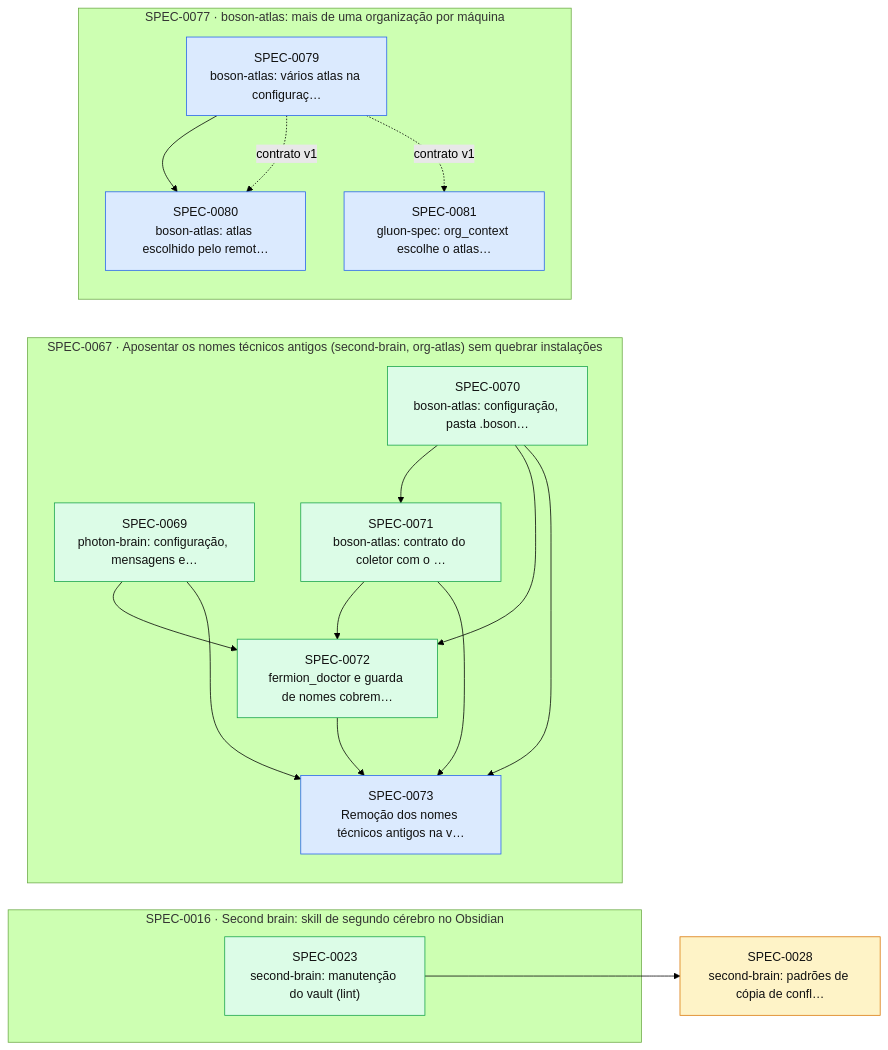
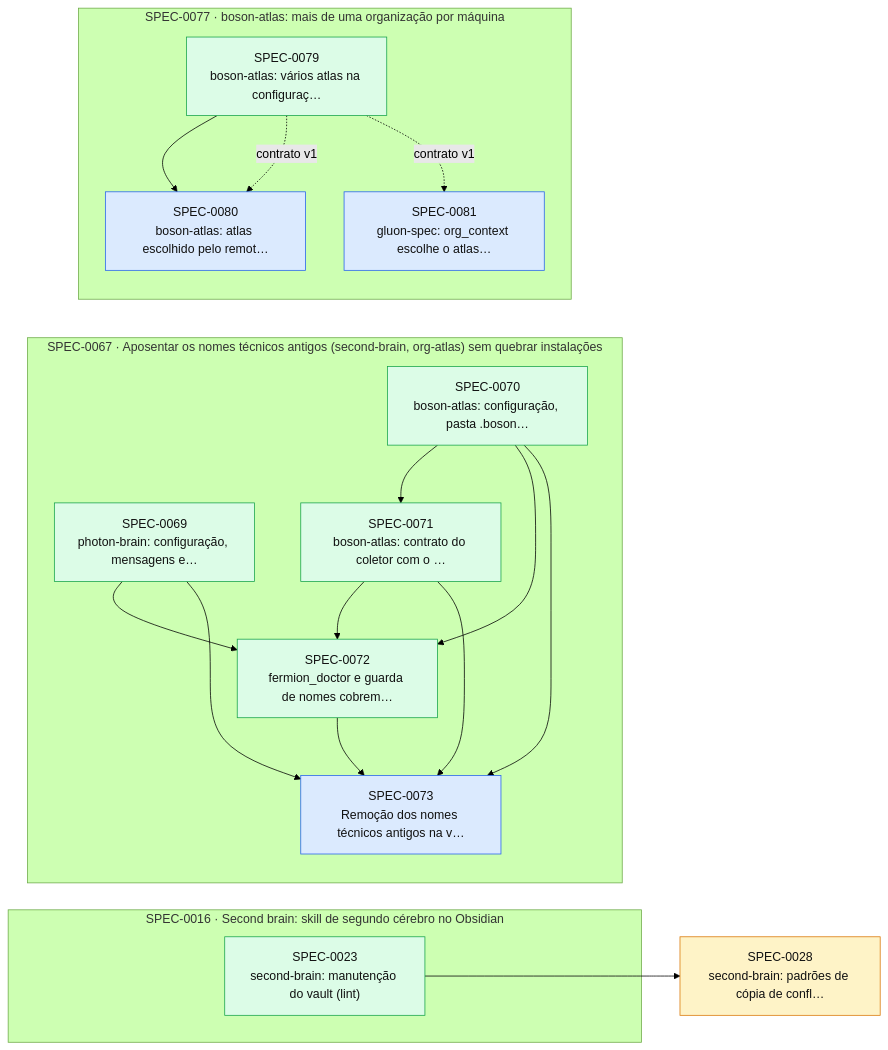
Before and after one commit to thomasravache/ai-dev-brain: the diagram in docs/specs/INDEX.md, drawn with Mermaid (forest theme). The commit also changed other lines of this file and 1 other file, not shown here.

First line of the commit message:
docs(specs): G7 e fechamento da SPEC-0079

````diff
--- a/docs/specs/INDEX.md
+++ b/docs/specs/INDEX.md
@@ -63,36 +62,36 @@
 ```mermaid
 flowchart LR
   S0028["SPEC-0028<br/>second-brain: padrões de cópia de confl…"]:::proposed
   subgraph E0016["SPEC-0016 · Second brain: skill de segundo cérebro no Obsidian"]
     S0023["SPEC-0023<br/>second-brain: manutenção do vault (lint)"]:::implemented
   end
   subgraph E0067["SPEC-0067 · Aposentar os nomes técnicos antigos (second-brain, org-atlas) sem quebrar instalações"]
     S0069["SPEC-0069<br/>photon-brain: configuração, mensagens e…"]:::implemented
     S0070["SPEC-0070<br/>boson-atlas: configuração, pasta .boson…"]:::implemented
     S0071["SPEC-0071<br/>boson-atlas: contrato do coletor com o …"]:::implemented
     S0072["SPEC-0072<br/>fermion_doctor e guarda de nomes cobrem…"]:::implemented
     S0073["SPEC-0073<br/>Remoção dos nomes técnicos antigos na v…"]:::approved
   end
   subgraph E0077["SPEC-0077 · boson-atlas: mais de uma organização por máquina"]
-    S0079["SPEC-0079<br/>boson-atlas: vários atlas na configuraç…"]:::approved
+    S0079["SPEC-0079<br/>boson-atlas: vários atlas na configuraç…"]:::implemented
     S0080["SPEC-0080<br/>boson-atlas: atlas escolhido pelo remot…"]:::approved
     S0081["SPEC-0081<br/>gluon-spec: org_context escolhe o atlas…"]:::approved
   end
   S0023 --> S0028
   S0070 --> S0071
   S0069 --> S0072
   S0070 --> S0072
   S0071 --> S0072
   S0069 --> S0073
   S0070 --> S0073
   S0071 --> S0073
   S0072 --> S0073
   S0079 --> S0080
   S0079 -. contrato v1 .-> S0080
   S0079 -. contrato v1 .-> S0081
   classDef proposed fill:#fef3c7,stroke:#d97706,color:#111
   classDef approved fill:#dbeafe,stroke:#2563eb,color:#111
   classDef inprogress fill:#ede9fe,stroke:#7c3aed,color:#111
   classDef implemented fill:#dcfce7,stroke:#16a34a,color:#111
   classDef deprecated fill:#f3f4f6,stroke:#9ca3af,color:#6b7280
 ```
````
